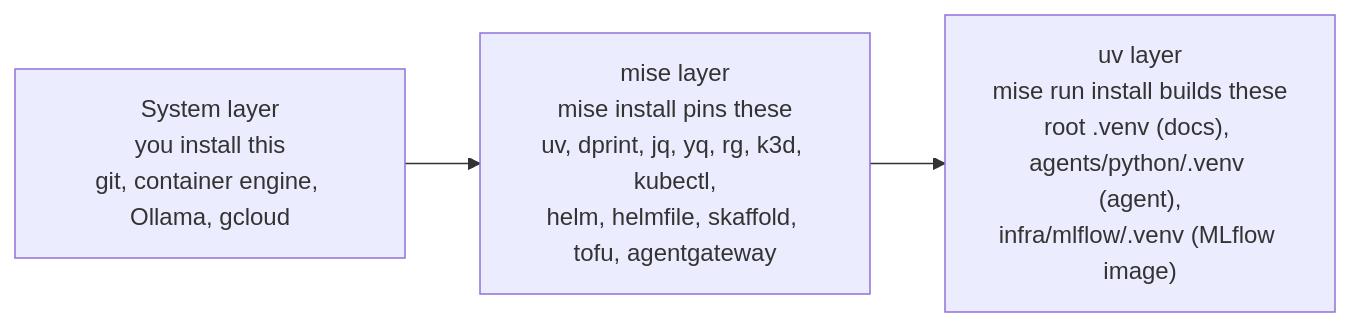
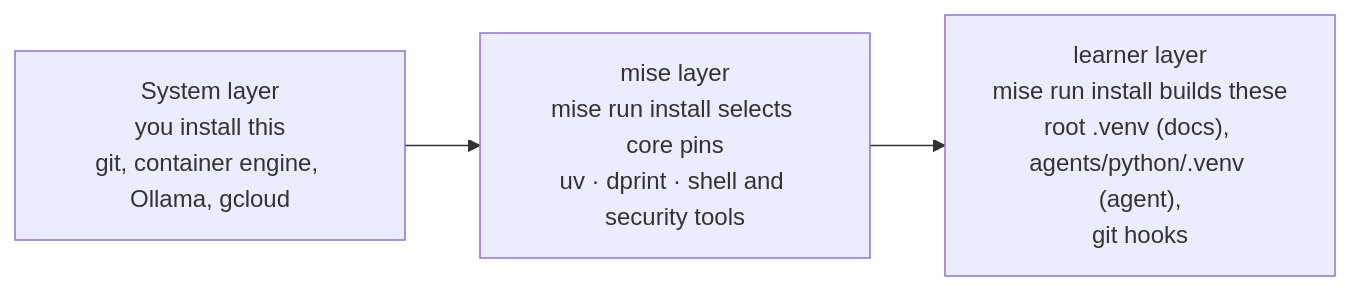
One commit to LuiGGi629/agentops-open-course changed the first of 2 diagrams in docs/1. Setup/1.0. System.md. Above: the diagram before and after it, drawn with Mermaid. The commit also changed other lines of this file and 121 other files, not shown here.

````diff
--- a/docs/1. Setup/1.0. System.md
+++ b/docs/1. Setup/1.0. System.md
@@ -67,7 +67,7 @@
 ```mermaid
 flowchart LR
     A["System layer<br/>you install this<br/>git, container engine, Ollama, gcloud"]
-    B["mise layer<br/>mise install pins these<br/>uv, dprint, jq, yq, rg, k3d, kubectl,<br/>helm, helmfile, skaffold, tofu, agentgateway"]
-    C["uv layer<br/>mise run install builds these<br/>root .venv (docs), agents/python/.venv (agent),<br/>infra/mlflow/.venv (MLflow image)"]
+    B["mise layer<br/>mise run install selects core pins<br/>uv · dprint · shell and security tools"]
+    C["learner layer<br/>mise run install builds these<br/>root .venv (docs), agents/python/.venv (agent),<br/>git hooks"]
     A --> B --> C
 ```
````
